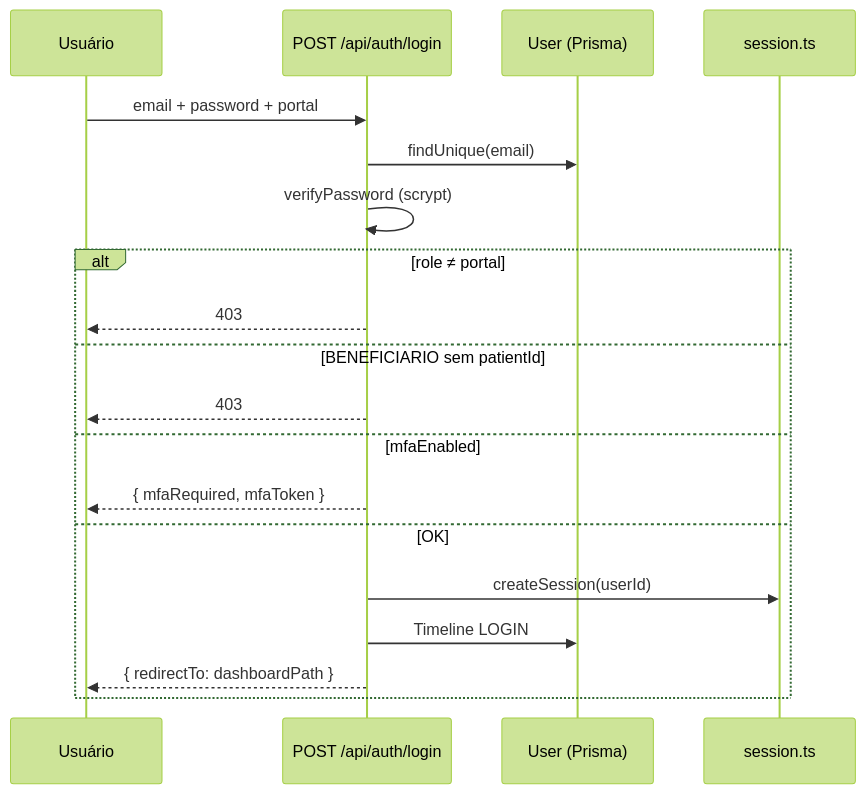
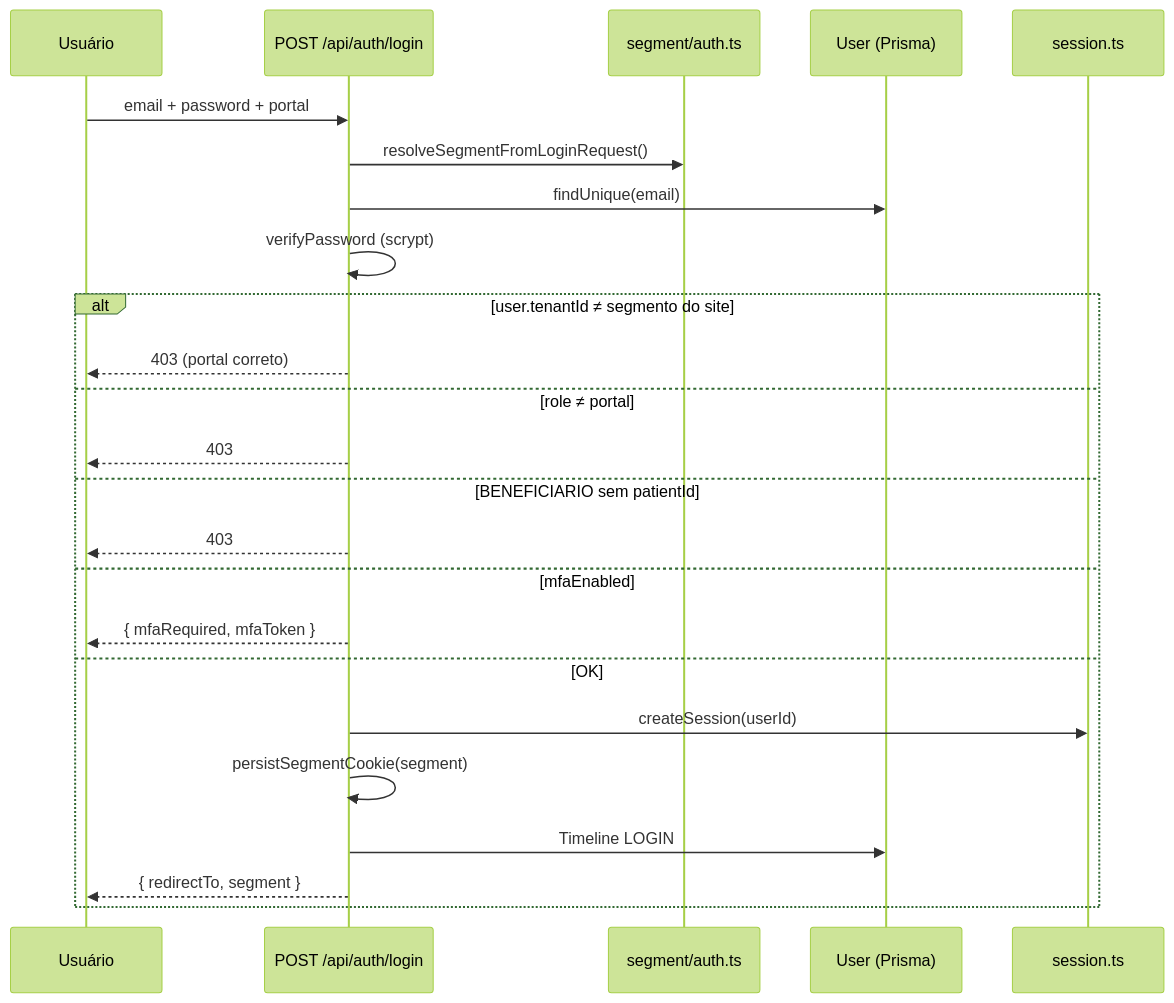
Before and after one commit to Piulres/sistema-bibi: the third of 10 diagrams in docs/produto/FLUXOS.md, drawn with Mermaid (forest theme). The commit also changed other lines of this file and 6 other files, not shown here.

````diff
--- a/docs/produto/FLUXOS.md
+++ b/docs/produto/FLUXOS.md
@@ -145,22 +163,27 @@
 ```mermaid
 sequenceDiagram
   participant U as Usuário
   participant API as POST /api/auth/login
+  participant Seg as segment/auth.ts
   participant DB as User (Prisma)
   participant S as session.ts
 
   U->>API: email + password + portal
+  API->>Seg: resolveSegmentFromLoginRequest()
   API->>DB: findUnique(email)
   API->>API: verifyPassword (scrypt)
-  alt role ≠ portal
+  alt user.tenantId ≠ segmento do site
+    API-->>U: 403 (portal correto)
+  else role ≠ portal
     API-->>U: 403
   else BENEFICIARIO sem patientId
     API-->>U: 403
   else mfaEnabled
     API-->>U: { mfaRequired, mfaToken }
   else OK
     API->>S: createSession(userId)
+    API->>API: persistSegmentCookie(segment)
     API->>DB: Timeline LOGIN
-    API-->>U: { redirectTo: dashboardPath }
+    API-->>U: { redirectTo, segment }
   end
 ```
````
